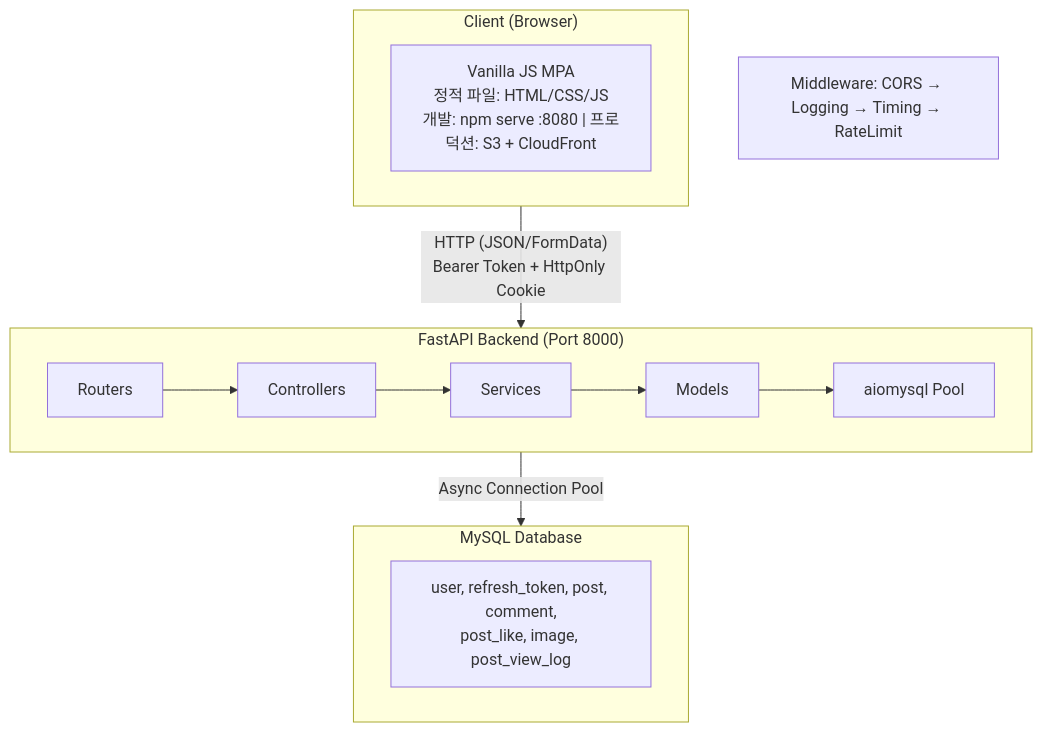
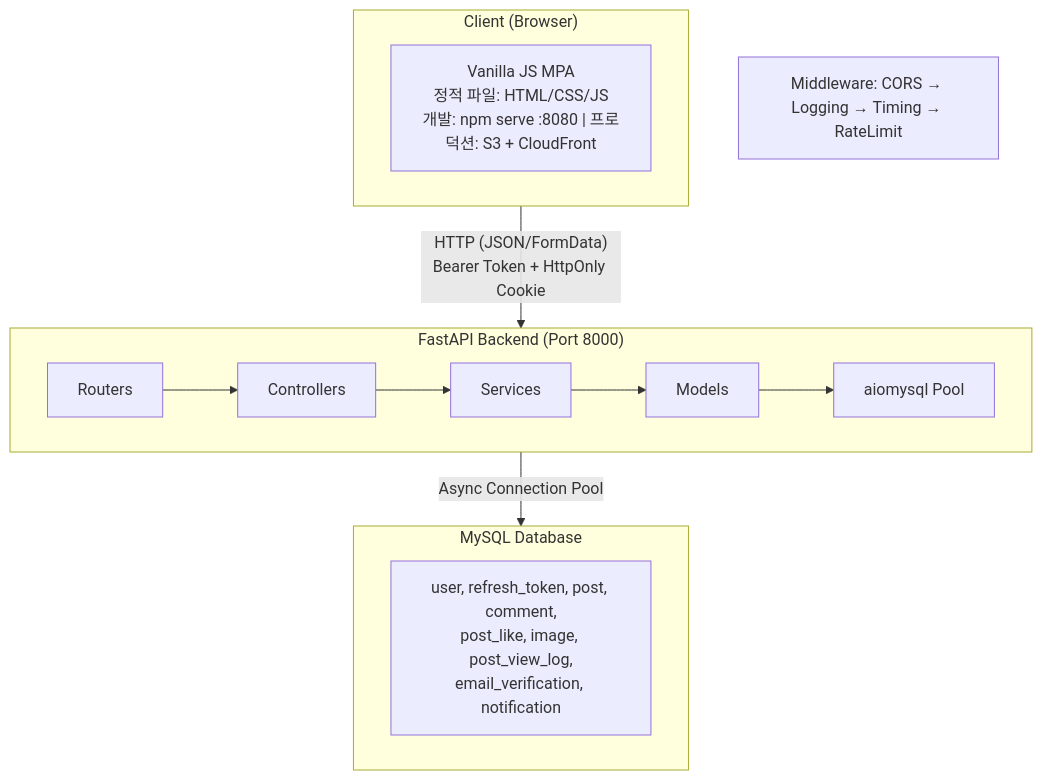
The first of 3 diagrams in README.md (revenantonthemission/2-cho-community-be), drawn with Mermaid before and after one commit. The commit also changed other lines of this file and 12 other files, not shown here.

````diff
--- a/README.md
+++ b/README.md
@@ -36,21 +40,21 @@
 ```mermaid
 flowchart TD
     subgraph Client["Client (Browser)"]
         FE["Vanilla JS MPA<br/>정적 파일: HTML/CSS/JS<br/>개발: npm serve :8080 | 프로덕션: S3 + CloudFront"]
     end
 
     Client -->|"HTTP (JSON/FormData)<br/>Bearer Token + HttpOnly Cookie"| Backend
 
     subgraph Backend["FastAPI Backend (Port 8000)"]
         direction LR
         Routers --> Controllers --> Services --> Models --> Pool["aiomysql Pool"]
     end
 
     note["Middleware: CORS → Logging → Timing → RateLimit"]
 
     Backend -->|"Async Connection Pool"| DB
 
     subgraph DB["MySQL Database"]
-        Tables["user, refresh_token, post, comment,<br/>post_like, image, post_view_log"]
+        Tables["user, refresh_token, post, comment,<br/>post_like, image, post_view_log,<br/>email_verification, notification"]
     end
 ```
````
